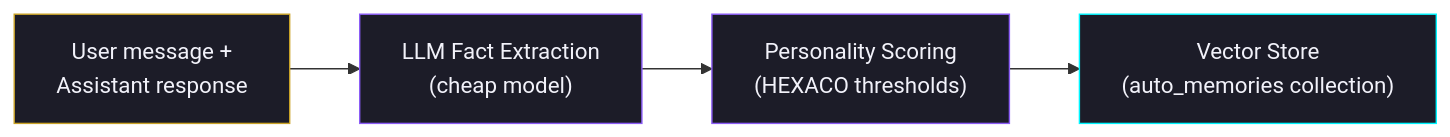
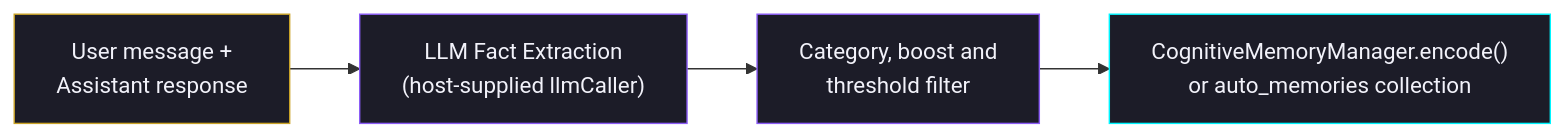
One commit to framerslab/agentos changed the diagram in docs/MEMORY_OPERATIONS.md. Above: the diagram before and after it, drawn with Mermaid. The commit also changed other lines of this file and 1 other file, not shown here.

First line of the commit message:
docs(memory): describe the memory tools, exports and imports as they run

````diff
--- a/docs/MEMORY_OPERATIONS.md
+++ b/docs/MEMORY_OPERATIONS.md
@@ -39,13 +35,13 @@
 ```mermaid
 graph LR
     A["User message +\nAssistant response"]:::primary
-    B["LLM Fact Extraction\n(cheap model)"]:::processing
-    C["Personality Scoring\n(HEXACO thresholds)"]:::processing
-    D["Vector Store\n(auto_memories collection)"]:::memory
+    B["LLM Fact Extraction\n(host-supplied llmCaller)"]:::processing
+    C["Category, boost and\nthreshold filter"]:::processing
+    D["CognitiveMemoryManager.encode()\nor auto_memories collection"]:::memory
 
     A --> B --> C --> D
 
     classDef primary fill:#1c1c28,stroke:#c9a227,color:#f2f2fa
     classDef memory fill:#1c1c28,stroke:#00f5ff,color:#f2f2fa
     classDef processing fill:#1c1c28,stroke:#8b5cf6,color:#f2f2fa
 ```
````
